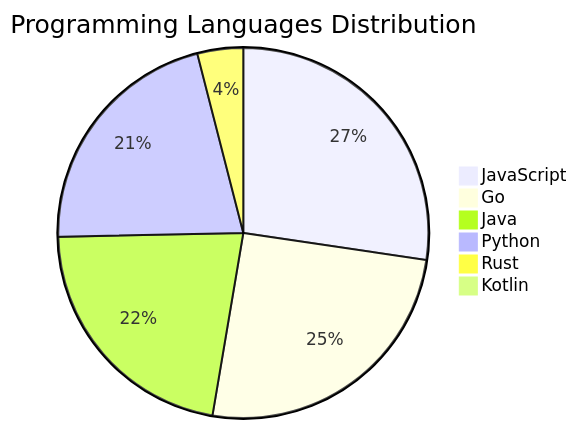
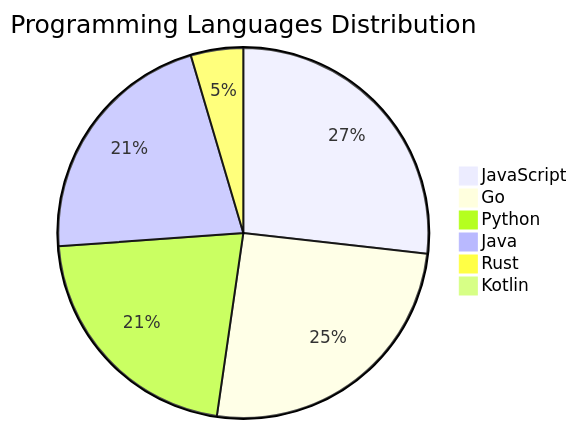
The diagram in README.md (Derrick-MUGISHA/github-activity-bot), drawn with Mermaid before and after one commit. The commit also changed other lines of this file and 4 other files, not shown here.

````diff
--- a/README.md
+++ b/README.md
@@ -206,9 +206,9 @@
 ```mermaid
 pie title Programming Languages Distribution
     "JavaScript" : 41
-    "Go" : 38
+    "Go" : 39
+    "Python" : 33
     "Java" : 33
-    "Python" : 32
-    "Rust" : 6
+    "Rust" : 7
     "Kotlin" : 1
 ```
````
